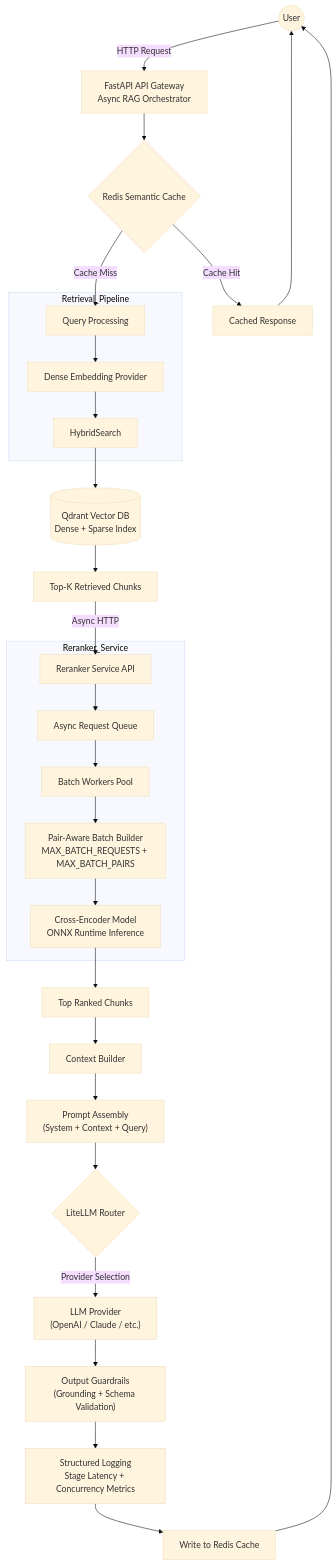
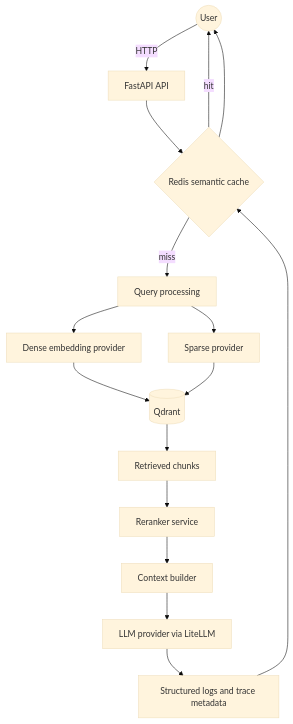
One commit to rayxcast/hybrid-rag-template changed the diagram in README.md. Above: the diagram before and after it, drawn with Mermaid (base theme). The commit also changed other lines of this file and 6 other files, not shown here.

````diff
--- a/README.md
+++ b/README.md
@@ -15,58 +14,18 @@
 ```mermaid
 flowchart TD
-
-%% Entry Layer
-User((User))
-User -->|HTTP Request| API[FastAPI API Gateway<br/>Async RAG Orchestrator]
-
-%% Cache Layer
-API --> CacheCheck{Redis Semantic Cache}
-CacheCheck -->|Cache Hit| CachedResponse[Cached Response]
-CachedResponse --> User
-CacheCheck -->|Cache Miss| Retrieval
-
-%% Retrieval Layer
-subgraph Retrieval_Pipeline
-Retrieval[Query Processing]
-Retrieval --> Embed[Dense Embedding Provider]
-Embed --> HybridSearch
-end
-
-%% Vector Database
-HybridSearch --> Qdrant[(Qdrant Vector DB<br/>Dense + Sparse Index)]
-
-Qdrant --> Candidates[Top-K Retrieved Chunks]
-
-%% Reranker Microservice
-Candidates -->|Async HTTP| RerankerAPI[Reranker Service API]
-
-subgraph Reranker_Service
-RerankerAPI --> BatchQueue[Async Request Queue]
-BatchQueue --> BatchWorkers[Batch Workers Pool]
-BatchWorkers --> BatchBuilder[Pair-Aware Batch Builder<br/>MAX_BATCH_REQUESTS + MAX_BATCH_PAIRS]
-BatchBuilder --> CrossEncoder[Cross-Encoder Model<br/>ONNX Runtime Inference]
-end
-
-CrossEncoder --> Ranked[Top Ranked Chunks]
-
-%% Context Assembly
-Ranked --> Context[Context Builder]
-
-%% Prompt Layer
-Context --> Prompt["Prompt Assembly<br/>(System + Context + Query)"]
-
-%% LLM Router
-Prompt --> Router{LiteLLM Router}
-
-Router -->|Provider Selection| LLM["LLM Provider<br/>(OpenAI / Claude / etc.)"]
-
-%% Post Processing
-LLM --> Guardrails["Output Guardrails<br/>(Grounding + Schema Validation)"]
-
-%% Observability
-Guardrails --> Logger["Structured Logging<br/>Stage Latency + Concurrency Metrics"]
-
-Logger --> CacheWrite[Write to Redis Cache]
-
-CacheWrite --> User
+    User((User)) -->|HTTP| API[FastAPI API]
+    API --> Cache{Redis semantic cache}
+    Cache -->|hit| User
+    Cache -->|miss| Retrieval[Query processing]
+    Retrieval --> Dense[Dense embedding provider]
+    Retrieval --> Sparse[Sparse provider]
+    Dense --> Qdrant[(Qdrant)]
+    Sparse --> Qdrant
+    Qdrant --> Candidates[Retrieved chunks]
+    Candidates --> Reranker[Reranker service]
+    Reranker --> Context[Context builder]
+    Context --> LLM[LLM provider via LiteLLM]
+    LLM --> Logs[Structured logs and trace metadata]
+    Logs --> Cache
+    Cache --> User
 ```
````
